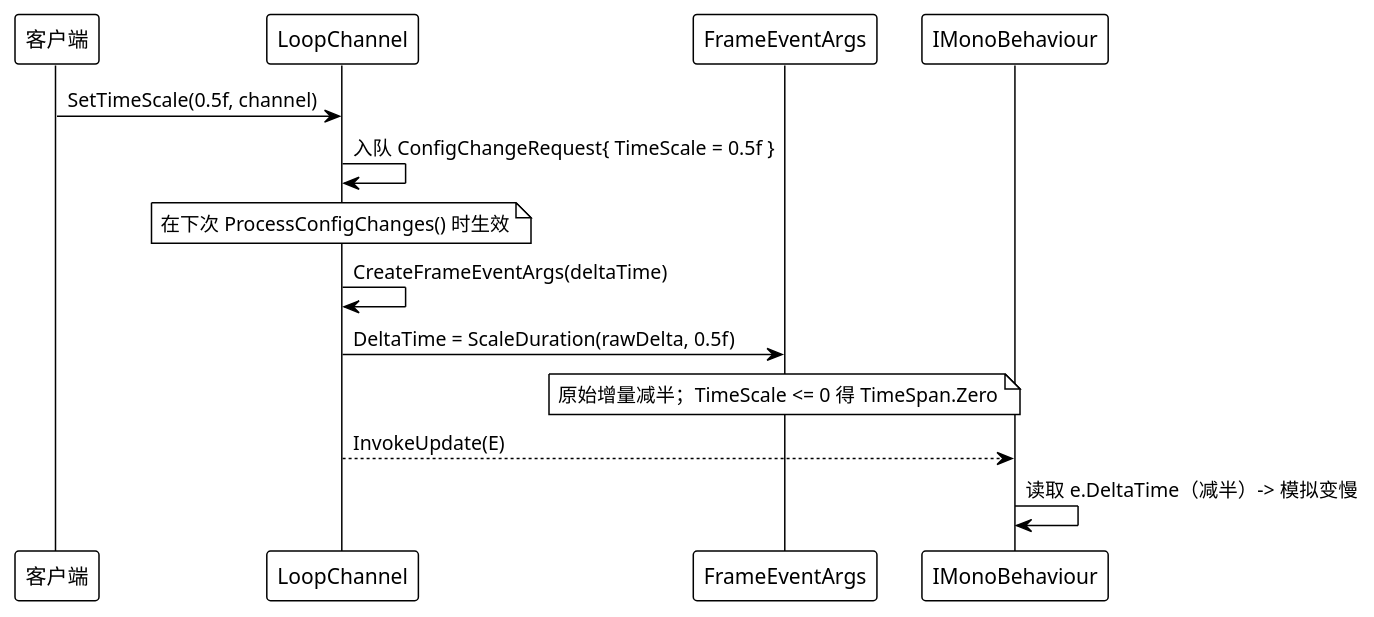
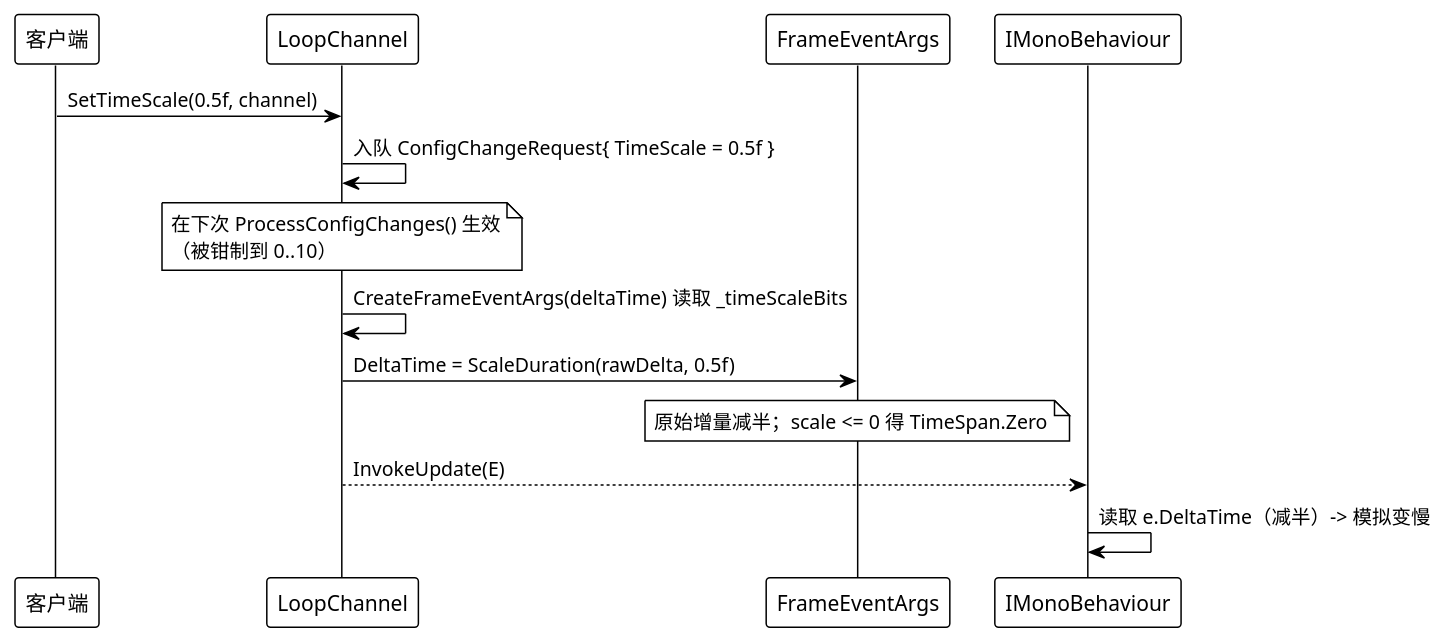
Before and after one commit to Axvser/VeloxDev.Docs: the fourth of 6 diagrams in src/CloudGlyph/Assets/Docs/content/zh/3_SE分析/03_数据流分析/06_MonoBehaviour/index.md, drawn with PlantUML. The commit also changed other lines of this file and 443 other files, not shown here.

````diff
--- a/src/CloudGlyph/Assets/Docs/content/zh/3_SE分析/03_数据流分析/06_MonoBehaviour/index.md
+++ b/src/CloudGlyph/Assets/Docs/content/zh/3_SE分析/03_数据流分析/06_MonoBehaviour/index.md
@@ -140,20 +157,20 @@
 ```plantuml
 @startuml
 !theme plain
 
 participant "客户端" as C
 participant "LoopChannel" as L
 participant "FrameEventArgs" as E
 participant "IMonoBehaviour" as B
 
 C -> L: SetTimeScale(0.5f, channel)
 L -> L: 入队 ConfigChangeRequest{ TimeScale = 0.5f }
-note over L: 在下次 ProcessConfigChanges() 时生效
+note over L: 在下次 ProcessConfigChanges() 生效\n（被钳制到 0..10）
 
-L -> L: CreateFrameEventArgs(deltaTime)
+L -> L: CreateFrameEventArgs(deltaTime) 读取 _timeScaleBits
 L -> E: DeltaTime = ScaleDuration(rawDelta, 0.5f)
-note over E: 原始增量减半；TimeScale <= 0 得 TimeSpan.Zero
+note over E: 原始增量减半；scale <= 0 得 TimeSpan.Zero
 L --> B: InvokeUpdate(E)
 B -> B: 读取 e.DeltaTime（减半）-> 模拟变慢
 @enduml
 ```
````
